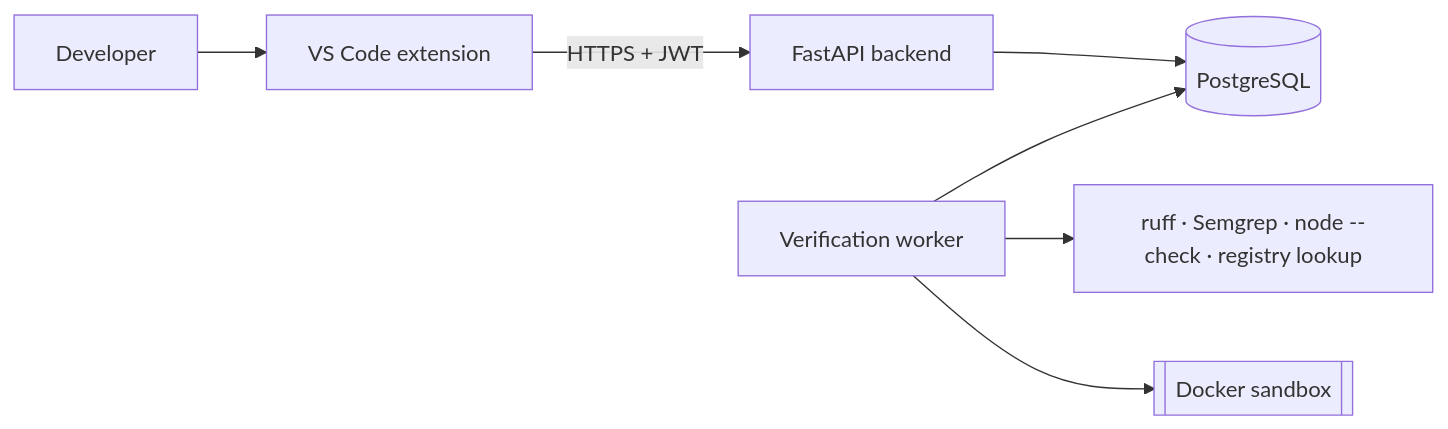
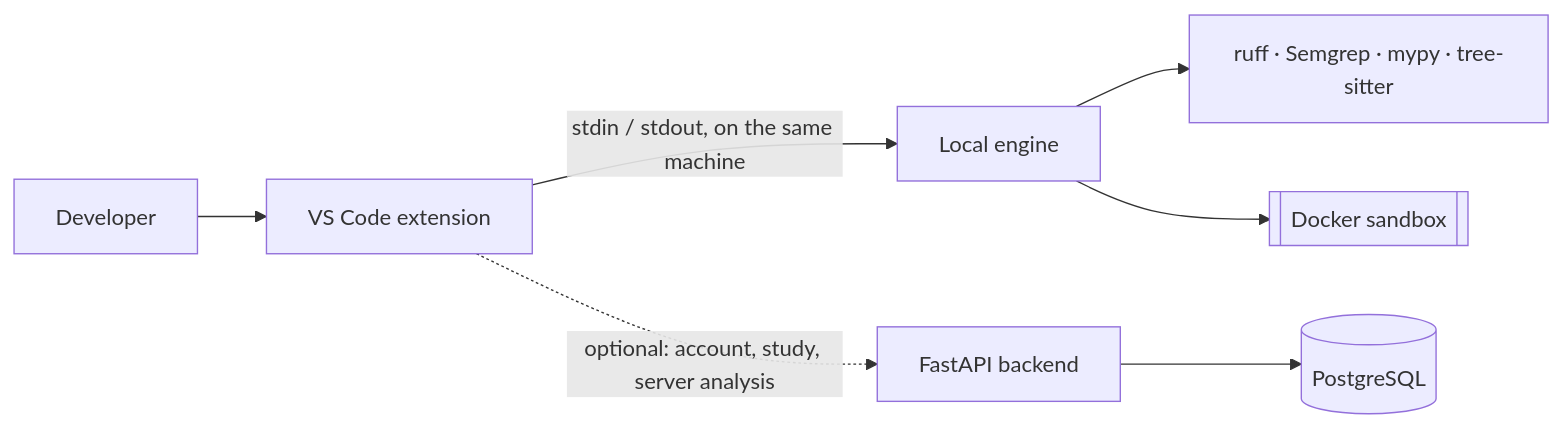
Before and after one commit to malika1234m/trustcode: the diagram in README.md, drawn with Mermaid. The commit also changed other lines of this file and 52 other files, not shown here.

First line of the commit message:
TrustCode 1.0.0: Verify and Session run on the local engine

````diff
--- a/README.md
+++ b/README.md
@@ -43,9 +43,9 @@
 ```mermaid
 flowchart LR
   U[Developer] --> E[VS Code extension]
-  E -->|HTTPS + JWT| A[FastAPI backend]
+  E -->|stdin / stdout, on the same machine| L[Local engine]
+  L --> T[ruff · Semgrep · mypy · tree-sitter]
+  L --> S[[Docker sandbox]]
+  E -.->|optional: account, study, server analysis| A[FastAPI backend]
   A --> D[(PostgreSQL)]
-  W[Verification worker] --> D
-  W --> T[ruff · Semgrep · node --check · registry lookup]
-  W --> S[[Docker sandbox]]
 ```
````
